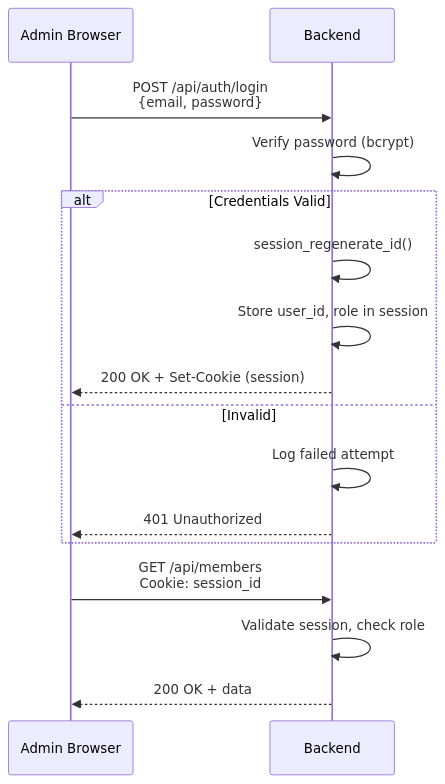
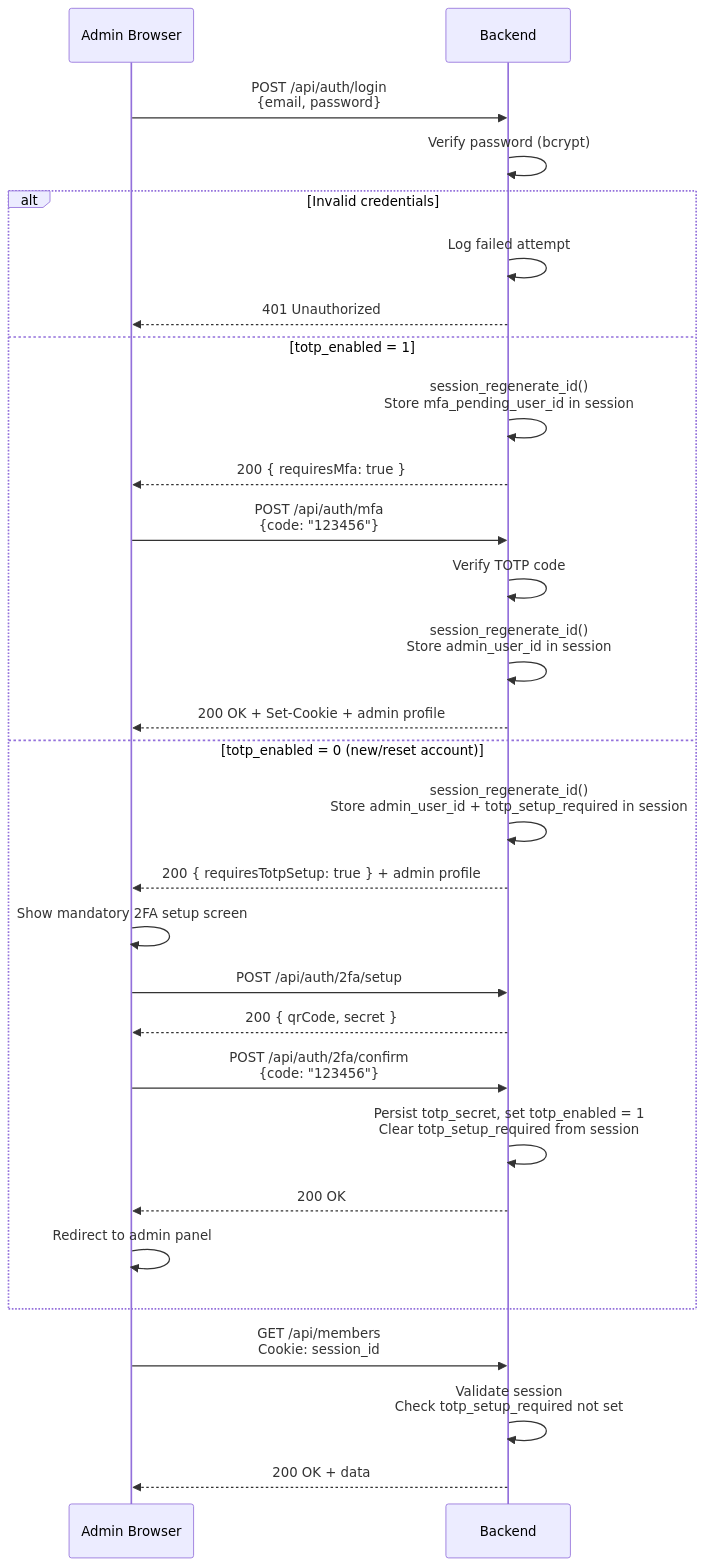
The second of 2 diagrams in adr/0015-authentication-and-authorization-strategy.md (dgloeckner/clubbar), drawn with Mermaid before and after one commit. The commit also changed other lines of this file and 20 other files, not shown here.

First line of the commit message:
feat(2fa): implement mandatory TOTP two-factor authentication

````diff
--- a/adr/0015-authentication-and-authorization-strategy.md
+++ b/adr/0015-authentication-and-authorization-strategy.md
@@ -106,20 +111,33 @@
 ```mermaid
 sequenceDiagram
     participant A as Admin Browser
     participant B as Backend
 
     A->>B: POST /api/auth/login<br/>{email, password}
     B->>B: Verify password (bcrypt)
-    alt Credentials Valid
-        B->>B: session_regenerate_id()
-        B->>B: Store user_id, role in session
-        B-->>A: 200 OK + Set-Cookie (session)
-    else Invalid
+    alt Invalid credentials
         B->>B: Log failed attempt
         B-->>A: 401 Unauthorized
+    else totp_enabled = 1
+        B->>B: session_regenerate_id()<br/>Store mfa_pending_user_id in session
+        B-->>A: 200 { requiresMfa: true }
+        A->>B: POST /api/auth/mfa<br/>{code: "123456"}
+        B->>B: Verify TOTP code
+        B->>B: session_regenerate_id()<br/>Store admin_user_id in session
+        B-->>A: 200 OK + Set-Cookie + admin profile
+    else totp_enabled = 0 (new/reset account)
+        B->>B: session_regenerate_id()<br/>Store admin_user_id + totp_setup_required in session
+        B-->>A: 200 { requiresTotpSetup: true } + admin profile
+        A->>A: Show mandatory 2FA setup screen
+        A->>B: POST /api/auth/2fa/setup
+        B-->>A: 200 { qrCode, secret }
+        A->>B: POST /api/auth/2fa/confirm<br/>{code: "123456"}
+        B->>B: Persist totp_secret, set totp_enabled = 1<br/>Clear totp_setup_required from session
+        B-->>A: 200 OK
+        A->>A: Redirect to admin panel
     end
 
     A->>B: GET /api/members<br/>Cookie: session_id
-    B->>B: Validate session, check role
+    B->>B: Validate session<br/>Check totp_setup_required not set
     B-->>A: 200 OK + data
 ```
````
